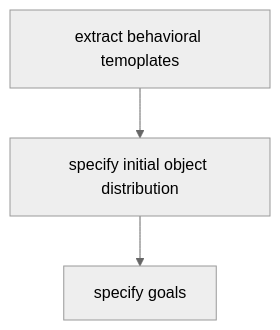
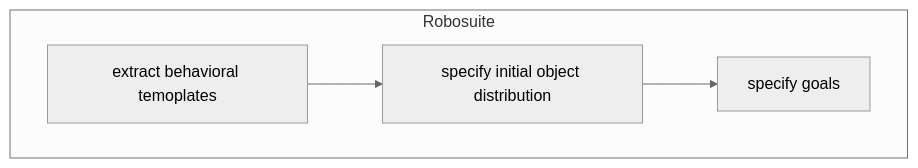
Before and after one commit to WeisonWEileen/libero_pro: the diagram in my-libero/README.md, drawn with Mermaid (neutral theme). The commit also changed other lines of this file, not shown here.

````diff
--- a/my-libero/README.md
+++ b/my-libero/README.md
@@ -46,5 +46,6 @@
 ```mermaid {align="center"} 
 graph TD
-1[extract behavioral temoplates ]-->2[specify initial object distribution] --> 3[specify goals]
-
+  subgraph Robosuite
+    1[extract behavioral temoplates ]-->2[specify initial object distribution] --> 3[specify goals]
+  end
 ```
````
